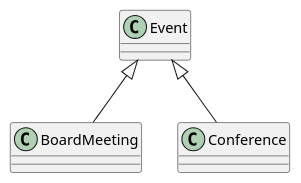
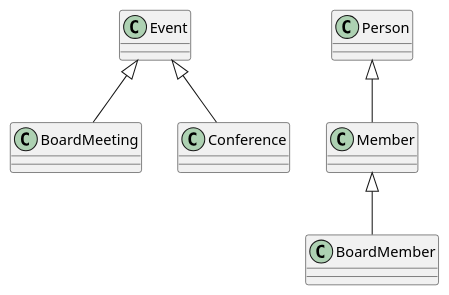
The diagram in src/AsociacionAlumnos.puml (JuanmaEDE/UMLClasesJuanManuelBelaunde), drawn with PlantUML before and after one commit.

Commit message:
Establecemos la jerarquía entre los miembros de la asociación:

```diff
--- a/src/AsociacionAlumnos.puml
+++ b/src/AsociacionAlumnos.puml
@@ -1,4 +1,8 @@
 @startuml
 Event <|--BoardMeeting
 Event <|--Conference
+
+Person  <|--  Member
+Member <|-- BoardMember
+
 @enduml
```
